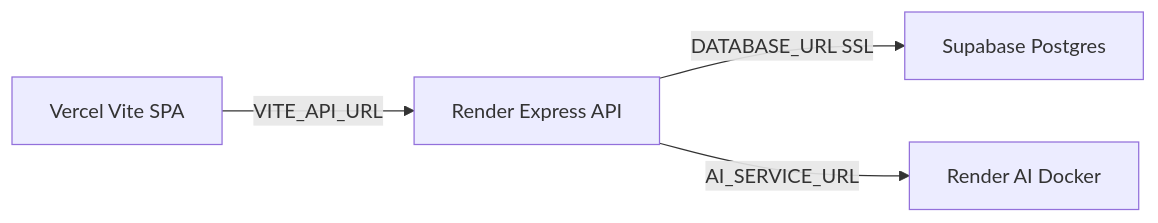
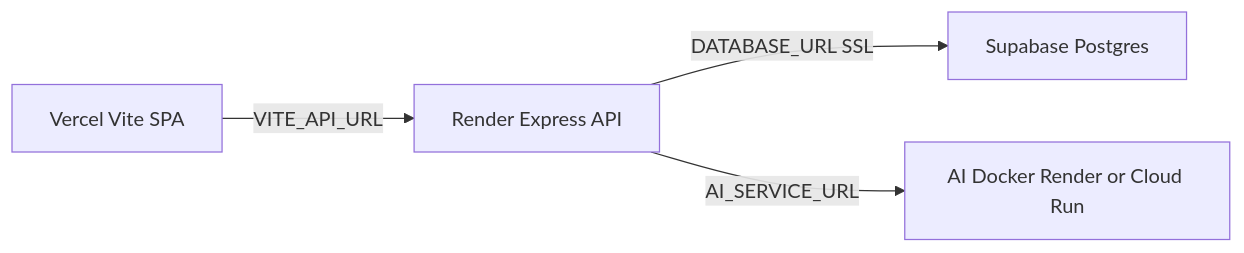
Before and after one commit to goSTYLO/RescueLink: the diagram in Documentation/backend/DEPLOYMENT.md, drawn with Mermaid. The commit also changed other lines of this file and 8 other files, not shown here.

````diff
--- a/Documentation/backend/DEPLOYMENT.md
+++ b/Documentation/backend/DEPLOYMENT.md
@@ -12,6 +12,6 @@
 ```mermaid
 flowchart LR
   vercel["Vercel Vite SPA"] -->|"VITE_API_URL"| renderApi["Render Express API"]
   renderApi -->|"DATABASE_URL SSL"| supabase["Supabase Postgres"]
-  renderApi -->|"AI_SERVICE_URL"| renderAi["Render AI Docker"]
+  renderApi -->|"AI_SERVICE_URL"| aiHost["AI Docker Render or Cloud Run"]
 ```
````
